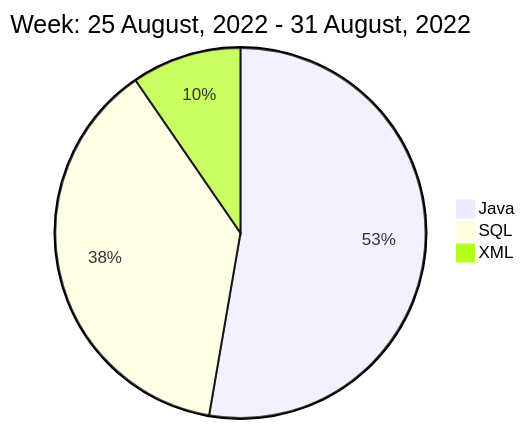
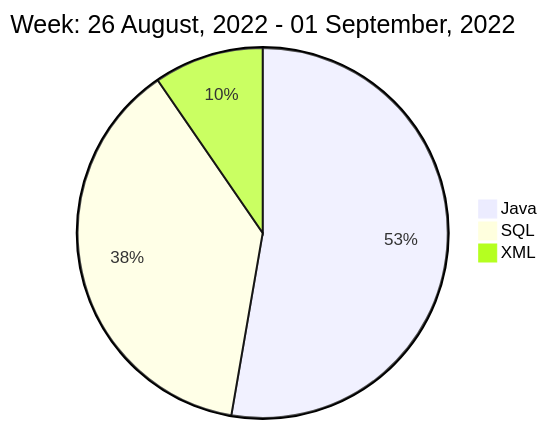
Before and after one commit to liubin95/liubin95: the diagram in README.md, drawn with Mermaid.

Commit message:
Updated the Graph with new Metrics

````diff
--- a/README.md
+++ b/README.md
@@ -40,7 +40,7 @@
 ```mermaid
  pie
-title Week: 25 August, 2022 - 31 August, 2022
+title Week: 26 August, 2022 - 01 September, 2022
  "Java" : 1.65
  "SQL" : 1.18
  "XML" : 0.3
 ```
````
